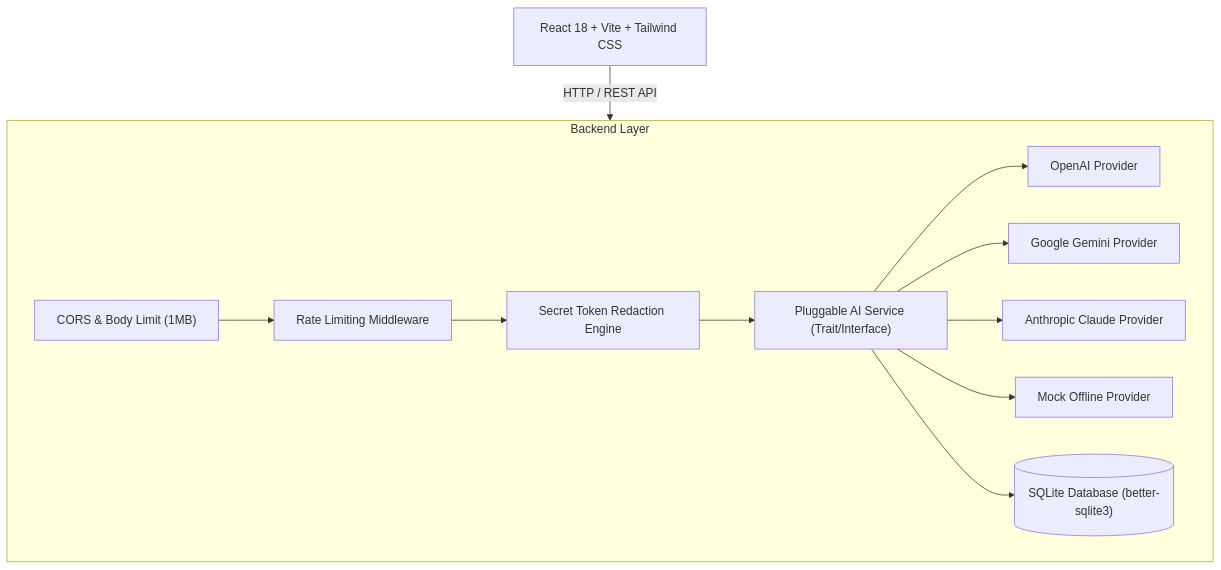
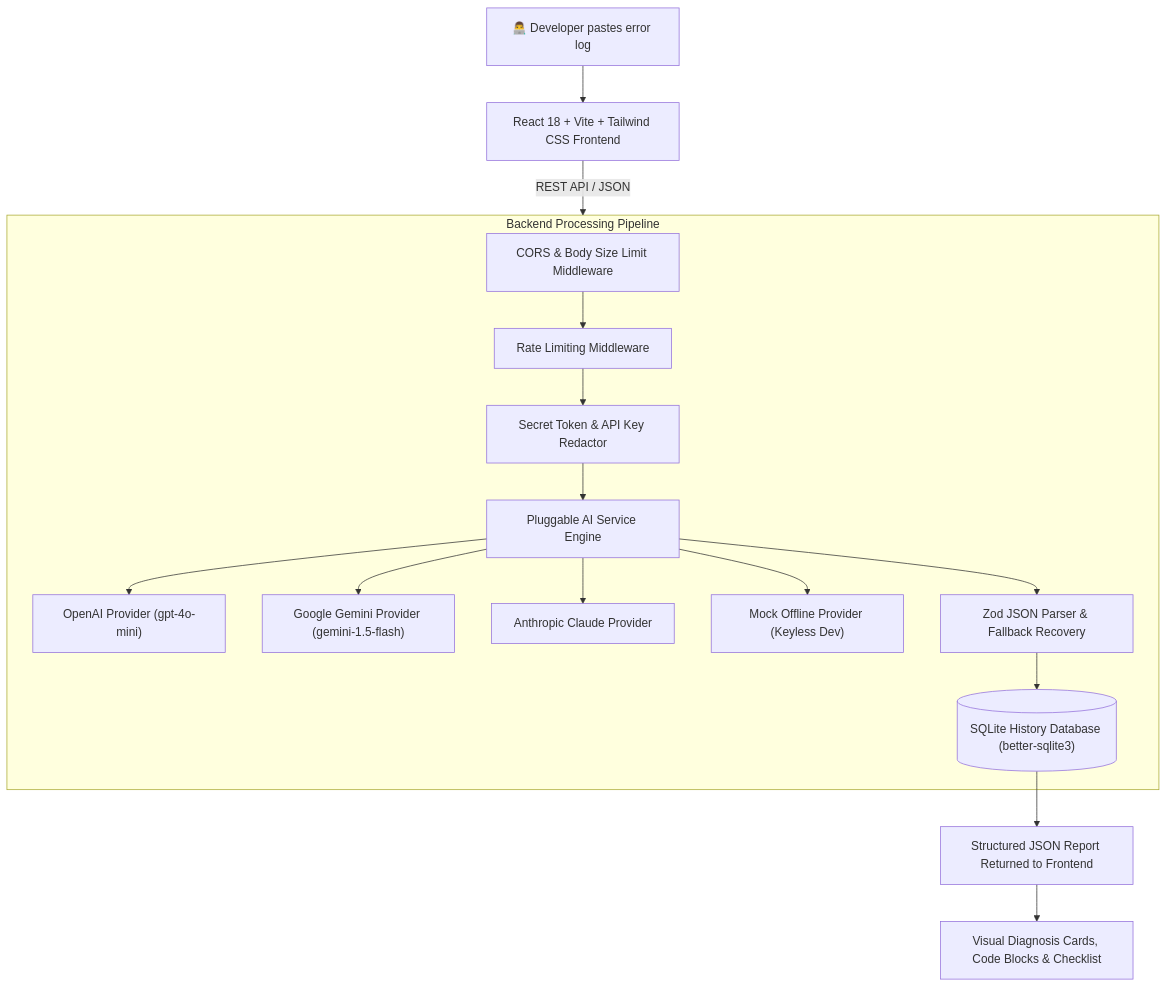
The diagram in README.md (vthish/Code-Error-Explainer), drawn with Mermaid before and after one commit. The commit also changed other lines of this file, not shown here.

Commit message:
docs: update README with comprehensive system guide, architecture diagram, and execution steps

````diff
--- a/README.md
+++ b/README.md
@@ -26,17 +27,22 @@
 ```mermaid
 graph TD
-    Client["React 18 + Vite + Tailwind CSS"] -->|HTTP / REST API| ExpressServer["Node.js 22 + Express Backend"]
+    User["👨‍💻 Developer pastes error log"] --> Client["React 18 + Vite + Tailwind CSS Frontend"]
+    Client -->|REST API / JSON| Backend["Node.js 22 + Express + TypeScript Backend"]
     
-    subgraph ExpressServer ["Backend Layer"]
-        CORS["CORS & Body Limit (1MB)"] --> RateLimiter["Rate Limiting Middleware"]
-        RateLimiter --> Redaction["Secret Token Redaction Engine"]
-        Redaction --> AIService["Pluggable AI Service (Trait/Interface)"]
+    subgraph Backend ["Backend Processing Pipeline"]
+        CORS["CORS & Body Size Limit Middleware"] --> RateLimit["Rate Limiting Middleware"]
+        RateLimit --> Redaction["Secret Token & API Key Redactor"]
+        Redaction --> AIService["Pluggable AI Service Engine"]
         
-        AIService --> OpenAI["OpenAI Provider"]
-        AIService --> Gemini["Google Gemini Provider"]
+        AIService --> OpenAI["OpenAI Provider (gpt-4o-mini)"]
+        AIService --> Gemini["Google Gemini Provider (gemini-1.5-flash)"]
         AIService --> Anthropic["Anthropic Claude Provider"]
-        AIService --> Mock["Mock Offline Provider"]
+        AIService --> Mock["Mock Offline Provider (Keyless Dev)"]
         
-        AIService --> SQLiteDB[("SQLite Database (better-sqlite3)")]
+        AIService --> JSONParser["Zod JSON Parser & Fallback Recovery"]
+        JSONParser --> SQLite[("SQLite History Database (better-sqlite3)")]
     end
+
+    SQLite --> Response["Structured JSON Report Returned to Frontend"]
+    Response --> UI["Visual Diagnosis Cards, Code Blocks & Checklist"]
 ```
````
